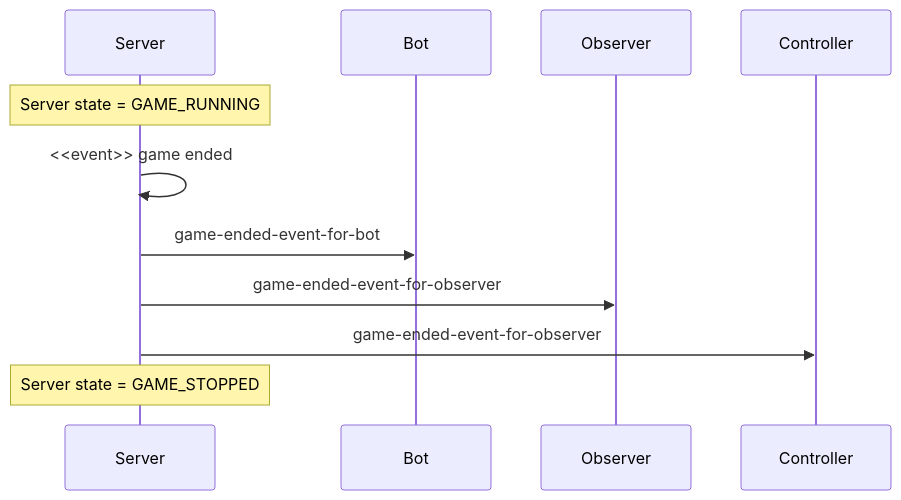
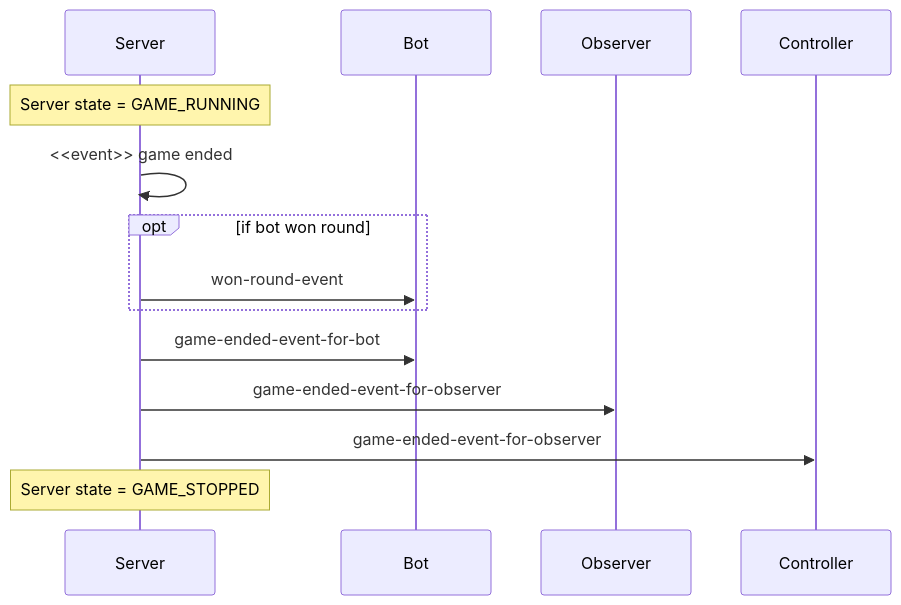
The seventh of 11 diagrams in schema/schemas/README.md (robocode-dev/tank-royale), drawn with Mermaid before and after one commit. The commit also changed other lines of this file, not shown here.

Commit message:
Updated README.md for schemas.

````diff
--- a/schema/schemas/README.md
+++ b/schema/schemas/README.md
@@ -115,9 +175,12 @@
 ```mermaid
 sequenceDiagram
     Note over Server: Server state = GAME_RUNNING
     Server->>Server: <<event>> game ended
+    opt if bot won round
+        Server->>Bot: won-round-event
+    end
     Server->>Bot: game-ended-event-for-bot
     Server->>Observer: game-ended-event-for-observer
     Server->>Controller: game-ended-event-for-observer
     Note over Server: Server state = GAME_STOPPED
 ```
````
